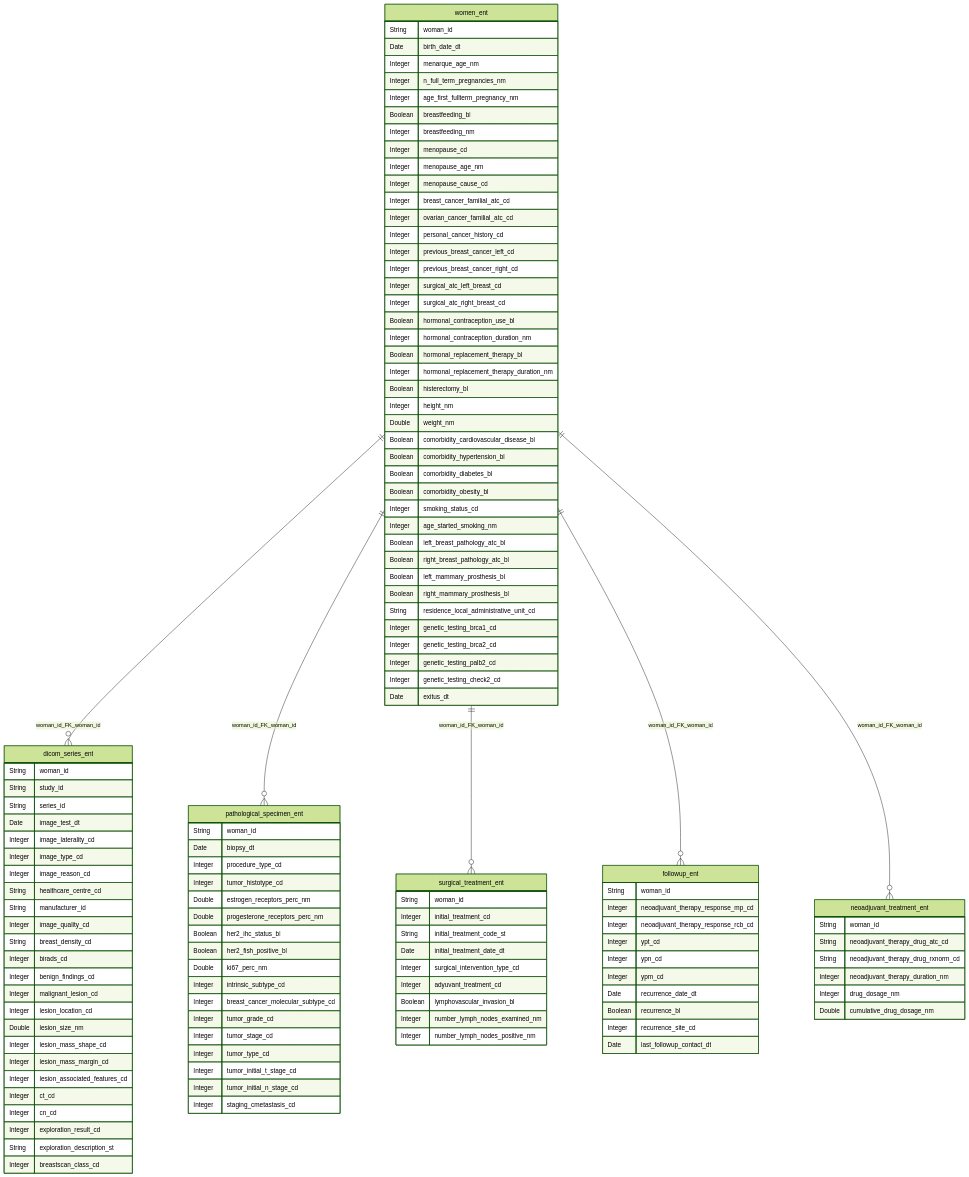
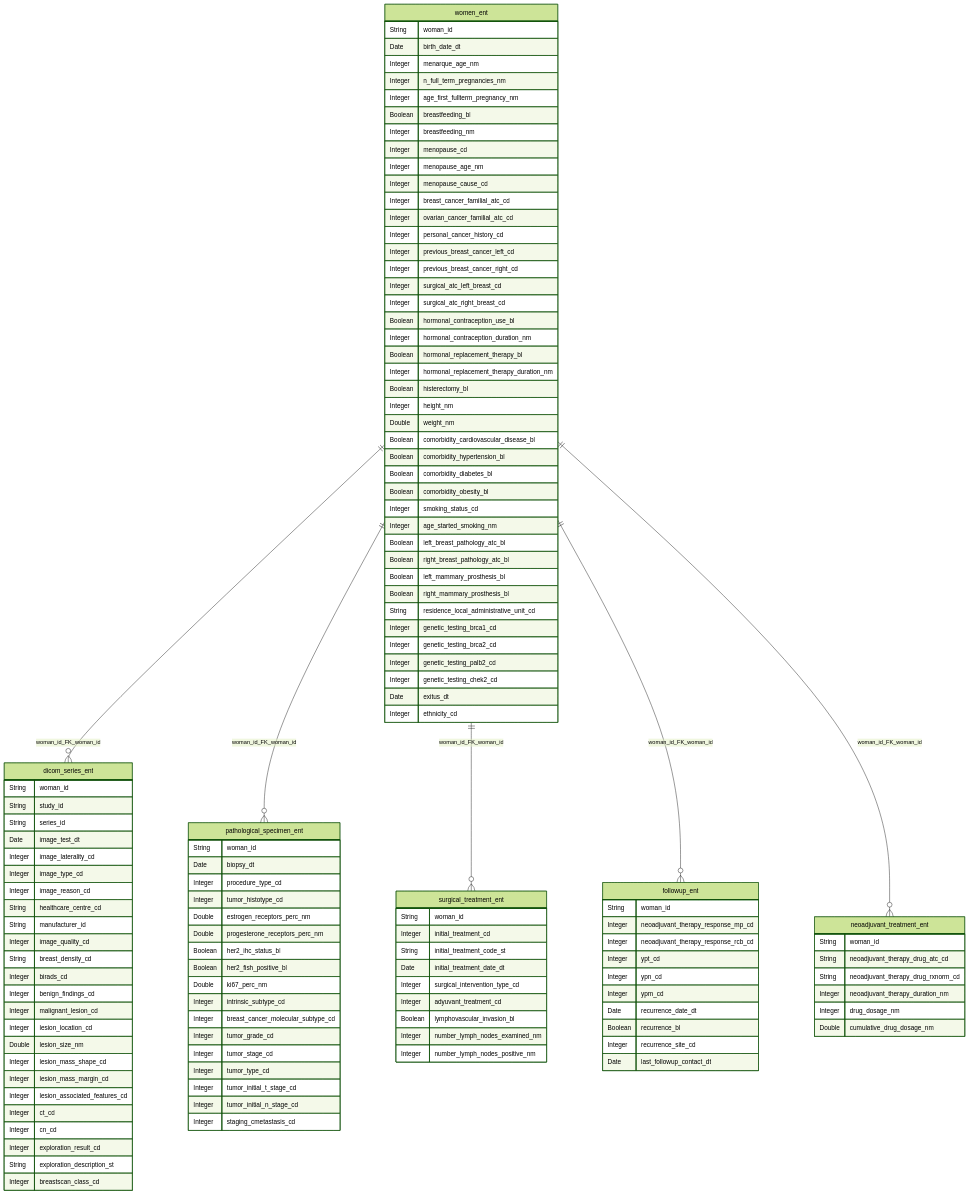
Before and after one commit to BreastSCan/Common-Data-Model: the diagram in docs/CDM/ER.mmd, drawn with Mermaid (forest theme). The commit also changed 13 other files, not shown here.

```diff
--- a/docs/CDM/ER.mmd
+++ b/docs/CDM/ER.mmd
@@ -1,124 +1,125 @@
 erDiagram
   women_ent {
     String woman_id
     Date birth_date_dt
     Integer menarque_age_nm
     Integer n_full_term_pregnancies_nm
     Integer age_first_fullterm_pregnancy_nm
     Boolean breastfeeding_bl
     Integer breastfeeding_nm
     Integer menopause_cd
     Integer menopause_age_nm
     Integer menopause_cause_cd
     Integer breast_cancer_familial_atc_cd
     Integer ovarian_cancer_familial_atc_cd
     Integer personal_cancer_history_cd
     Integer previous_breast_cancer_left_cd
     Integer previous_breast_cancer_right_cd
     Integer surgical_atc_left_breast_cd
     Integer surgical_atc_right_breast_cd
     Boolean hormonal_contraception_use_bl
     Integer hormonal_contraception_duration_nm
     Boolean hormonal_replacement_therapy_bl
     Integer hormonal_replacement_therapy_duration_nm
     Boolean histerectomy_bl
     Integer height_nm
     Double weight_nm
     Boolean comorbidity_cardiovascular_disease_bl
     Boolean comorbidity_hypertension_bl
     Boolean comorbidity_diabetes_bl
     Boolean comorbidity_obesity_bl
     Integer smoking_status_cd
     Integer age_started_smoking_nm
     Boolean left_breast_pathology_atc_bl
     Boolean right_breast_pathology_atc_bl
     Boolean left_mammary_prosthesis_bl
     Boolean right_mammary_prosthesis_bl
     String residence_local_administrative_unit_cd
     Integer genetic_testing_brca1_cd
     Integer genetic_testing_brca2_cd
     Integer genetic_testing_palb2_cd
-    Integer genetic_testing_check2_cd
+    Integer genetic_testing_chek2_cd
     Date exitus_dt
+    Integer ethnicity_cd
   }
   dicom_series_ent {
     String woman_id
     String study_id
     String series_id
     Date image_test_dt
     Integer image_laterality_cd
     Integer image_type_cd
     Integer image_reason_cd
     String healthcare_centre_cd
     String manufacturer_id
     Integer image_quality_cd
     String breast_density_cd
     Integer birads_cd
     Integer benign_findings_cd
     Integer malignant_lesion_cd
     Integer lesion_location_cd
     Double lesion_size_nm
     Integer lesion_mass_shape_cd
     Integer lesion_mass_margin_cd
     Integer lesion_associated_features_cd
     Integer ct_cd
     Integer cn_cd
     Integer exploration_result_cd
     String exploration_description_st
     Integer breastscan_class_cd
   }
   surgical_treatment_ent {
     String woman_id
     Integer initial_treatment_cd
     String initial_treatment_code_st
     Date initial_treatment_date_dt
     Integer surgical_intervention_type_cd
     Integer adyuvant_treatment_cd
     Boolean lymphovascular_invasion_bl
     Integer number_lymph_nodes_examined_nm
     Integer number_lymph_nodes_positive_nm
   }
   pathological_specimen_ent {
     String woman_id
     Date biopsy_dt
     Integer procedure_type_cd
     Integer tumor_histotype_cd
     Double estrogen_receptors_perc_nm
     Double progesterone_receptors_perc_nm
     Boolean her2_ihc_status_bl
     Boolean her2_fish_positive_bl
     Double ki67_perc_nm
     Integer intrinsic_subtype_cd
     Integer breast_cancer_molecular_subtype_cd
     Integer tumor_grade_cd
     Integer tumor_stage_cd
     Integer tumor_type_cd
     Integer tumor_initial_t_stage_cd
     Integer tumor_initial_n_stage_cd
     Integer staging_cmetastasis_cd
   }
   neoadjuvant_treatment_ent {
     String woman_id
     String neoadjuvant_therapy_drug_atc_cd
     String neoadjuvant_therapy_drug_rxnorm_cd
     Integer neoadjuvant_therapy_duration_nm
     Integer drug_dosage_nm
     Double cumulative_drug_dosage_nm
   }
   followup_ent {
     String woman_id
     Integer neoadjuvant_therapy_response_mp_cd
     Integer neoadjuvant_therapy_response_rcb_cd
     Integer ypt_cd
     Integer ypn_cd
     Integer ypm_cd
     Date recurrence_date_dt
     Boolean recurrence_bl
     Integer recurrence_site_cd
     Date last_followup_contact_dt
   }
   women_ent ||--o{ dicom_series_ent : "woman_id_FK_woman_id"
   women_ent ||--o{ pathological_specimen_ent : "woman_id_FK_woman_id"
   women_ent ||--o{ surgical_treatment_ent : "woman_id_FK_woman_id"
   women_ent ||--o{ followup_ent : "woman_id_FK_woman_id"
   women_ent ||--o{ neoadjuvant_treatment_ent : "woman_id_FK_woman_id"
```
